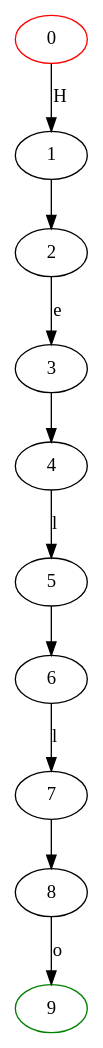
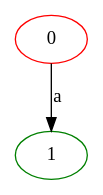
Before and after one commit to aboubacardiawara/DAAR: the diagram in tme1/regex/epsilonAutomate.dot, drawn with Graphviz. The commit also changed 8 other files, not shown here.

```diff
--- a/tme1/regex/epsilonAutomate.dot
+++ b/tme1/regex/epsilonAutomate.dot
@@ -1,14 +1,5 @@
 digraph {
 	0 [color="red"]
-	0 -> 1 [label="H"]
-	1 -> 2 [label=""]
-	2 -> 3 [label="e"]
-	3 -> 4 [label=""]
-	4 -> 5 [label="l"]
-	5 -> 6 [label=""]
-	6 -> 7 [label="l"]
-	7 -> 8 [label=""]
-	9 [color="green"]
-	8 -> 9 [label="o"]
-	9 [color="green"]
+	0 -> 1 [label="a"]
+	1 [color="green"]
 }
```
